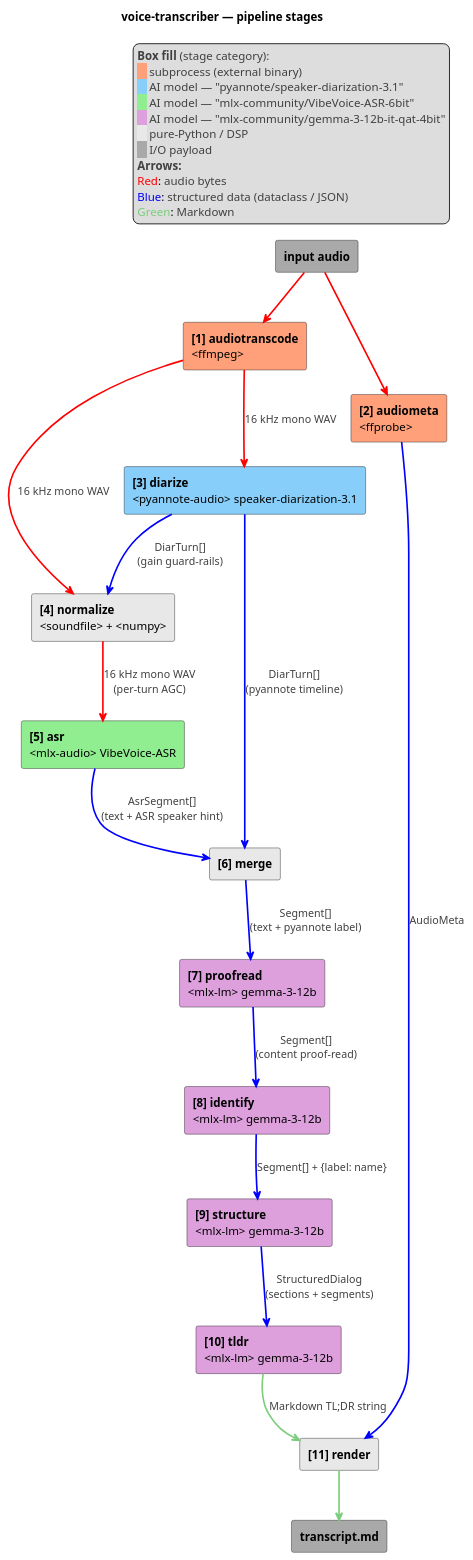
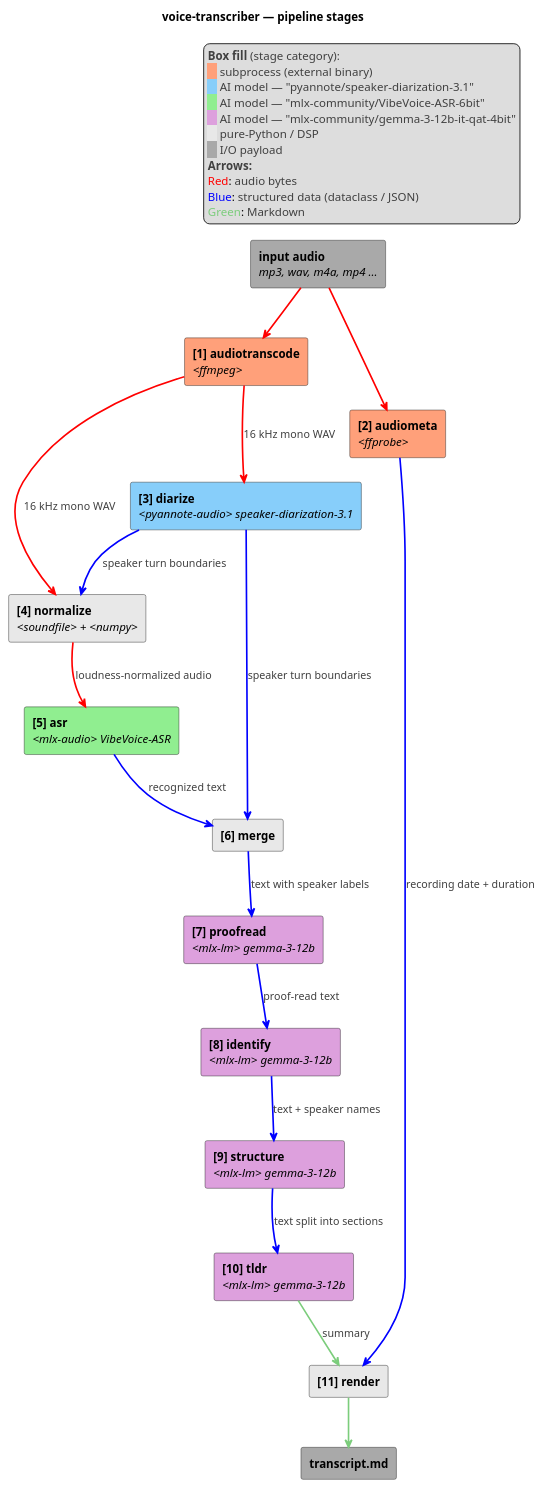
One commit to artem-from-ua/voice-transcriber changed the second of 2 diagrams in docs/architecture.md. Above: the diagram before and after it, drawn with PlantUML. The commit also changed other lines of this file, not shown here.

First paragraph of the commit message:
Make architecture diagram labels easier to read for non-developers (#65)
Three label changes in docs/architecture.md pipeline-stages PlantUML:

````diff
--- a/docs/architecture.md
+++ b/docs/architecture.md
@@ -63,56 +63,56 @@
 ```plantuml
 @startuml
 title voice-transcriber — pipeline stages
 skinparam componentStyle rectangle
 skinparam ArrowThickness 2
 
-[<b>input audio</b>] as Input #A9A9A9
+[<b>input audio</b>\n<i>mp3, wav, m4a, mp4 ...</i>] as Input #A9A9A9
 [<b>transcript.md</b>] as Output #A9A9A9
 
-component "<b>[1] audiotranscode</b>\n<ffmpeg>" as WAV #FFA07A
-component "<b>[2] audiometa</b>\n<ffprobe>" as FF #FFA07A
-component "<b>[3] diarize</b>\n<pyannote-audio> speaker-diarization-3.1" as Diar #87CEFA
-component "<b>[4] normalize</b>\n<soundfile> + <numpy>" as Norm #E8E8E8
-component "<b>[5] asr</b>\n<mlx-audio> VibeVoice-ASR" as ASR #90EE90
+component "<b>[1] audiotranscode</b>\n<i><ffmpeg></i>" as WAV #FFA07A
+component "<b>[2] audiometa</b>\n<i><ffprobe></i>" as FF #FFA07A
+component "<b>[3] diarize</b>\n<i><pyannote-audio> speaker-diarization-3.1</i>" as Diar #87CEFA
+component "<b>[4] normalize</b>\n<i><soundfile> + <numpy></i>" as Norm #E8E8E8
+component "<b>[5] asr</b>\n<i><mlx-audio> VibeVoice-ASR</i>" as ASR #90EE90
 component "<b>[6] merge</b>" as Merge #E8E8E8
-component "<b>[7] proofread</b>\n<mlx-lm> gemma-3-12b" as Post #DDA0DD
-component "<b>[8] identify</b>\n<mlx-lm> gemma-3-12b" as Ident #DDA0DD
-component "<b>[9] structure</b>\n<mlx-lm> gemma-3-12b" as Struct #DDA0DD
-component "<b>[10] tldr</b>\n<mlx-lm> gemma-3-12b" as TLDR #DDA0DD
+component "<b>[7] proofread</b>\n<i><mlx-lm> gemma-3-12b</i>" as Post #DDA0DD
+component "<b>[8] identify</b>\n<i><mlx-lm> gemma-3-12b</i>" as Ident #DDA0DD
+component "<b>[9] structure</b>\n<i><mlx-lm> gemma-3-12b</i>" as Struct #DDA0DD
+component "<b>[10] tldr</b>\n<i><mlx-lm> gemma-3-12b</i>" as TLDR #DDA0DD
 component "<b>[11] render</b>" as Render #E8E8E8
 
 Input -[#red]-> FF
 Input -[#red]-> WAV
 
 WAV -[#red]-> Diar : <color:#404040>16 kHz mono WAV</color>
 WAV -[#red]-> Norm : <color:#404040>16 kHz mono WAV</color>
-Diar -[#blue]-> Norm : <color:#404040>DiarTurn[]</color>\n<color:#404040>(gain guard-rails)</color>
-Norm -[#red]-> ASR : <color:#404040>16 kHz mono WAV</color>\n<color:#404040>(per-turn AGC)</color>
+Diar -[#blue]-> Norm : <color:#404040>speaker turn boundaries</color>
+Norm -[#red]-> ASR : <color:#404040>loudness-normalized audio</color>
 
-ASR -[#blue]-> Merge : <color:#404040>AsrSegment[]</color>\n<color:#404040>(text + ASR speaker hint)</color>
-Diar -[#blue]-> Merge : <color:#404040>DiarTurn[]</color>\n<color:#404040>(pyannote timeline)</color>
+ASR -[#blue]-> Merge : <color:#404040>recognized text</color>
+Diar -[#blue]-> Merge : <color:#404040>speaker turn boundaries</color>
 
-Merge -[#blue]-> Post : <color:#404040>Segment[]</color>\n<color:#404040>(text + pyannote label)</color>
-Post -[#blue]-> Ident : <color:#404040>Segment[]</color>\n<color:#404040>(content proof-read)</color>
-Ident -[#blue]-> Struct : <color:#404040>Segment[] + {label: name}</color>
-Struct -[#blue]-> TLDR : <color:#404040>StructuredDialog</color>\n<color:#404040>(sections + segments)</color>
+Merge -[#blue]-> Post : <color:#404040>text with speaker labels</color>
+Post -[#blue]-> Ident : <color:#404040>proof-read text</color>
+Ident -[#blue]-> Struct : <color:#404040>text + speaker names</color>
+Struct -[#blue]-> TLDR : <color:#404040>text split into sections</color>
 
-FF -[#blue]-> Render : <color:#404040>AudioMeta</color>
-TLDR -[#7CCD7C]-> Render : <color:#404040>Markdown TL;DR string</color>
+FF -[#blue]-> Render : <color:#404040>recording date + duration</color>
+TLDR -[#7CCD7C]-> Render : <color:#404040>summary</color>
 Render -[#7CCD7C]-> Output
 
 legend top right
   <color:#404040>**Box fill** (stage category):</color>
   <back:#FFA07A>   </back> <color:#404040>subprocess (external binary)</color>
   <back:#87CEFA>   </back> <color:#404040>AI model — "pyannote/speaker-diarization-3.1"</color>
   <back:#90EE90>   </back> <color:#404040>AI model — "mlx-community/VibeVoice-ASR-6bit"</color>
   <back:#DDA0DD>   </back> <color:#404040>AI model — "mlx-community/gemma-3-12b-it-qat-4bit"</color>
   <back:#E8E8E8>   </back> <color:#404040>pure-Python / DSP</color>
   <back:#A9A9A9>   </back> <color:#404040>I/O payload</color>
   <color:#404040>**Arrows:**</color>
   <color:red>Red</color>: <color:#404040>audio bytes</color>
   <color:blue>Blue</color>: <color:#404040>structured data (dataclass / JSON)</color>
   <color:#7CCD7C>Green</color>: <color:#404040>Markdown</color>
 end legend
 @enduml
 ```
````
